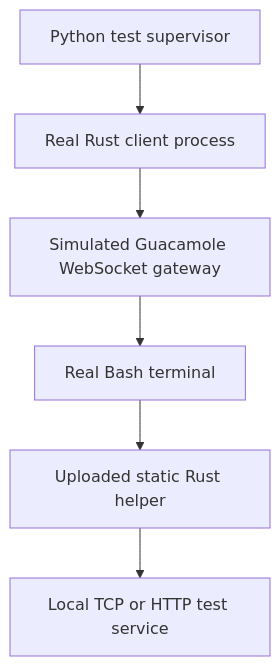
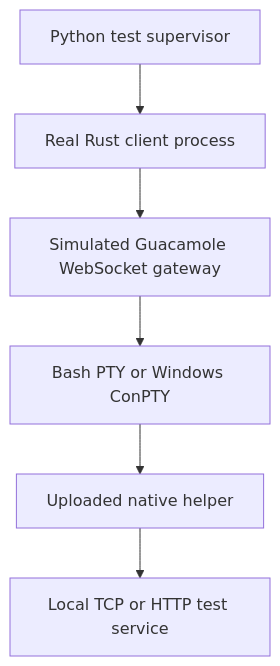
One commit to himbeles/guac-bridge changed the diagram in docs/testing.md. Above: the diagram before and after it, drawn with Mermaid. The commit also changed 4 other files, not shown here.

````diff
--- a/docs/testing.md
+++ b/docs/testing.md
@@ -3,8 +3,8 @@
 ```mermaid
 flowchart TD
     Tests["Python test supervisor"] --> Client["Real Rust client process"]
     Client --> Gateway["Simulated Guacamole WebSocket gateway"]
-    Gateway --> PTY["Real Bash terminal"]
-    PTY --> Helper["Uploaded static Rust helper"]
+    Gateway --> PTY["Bash PTY or Windows ConPTY"]
+    PTY --> Helper["Uploaded native helper"]
     Helper --> Target["Local TCP or HTTP test service"]
 ```
````
